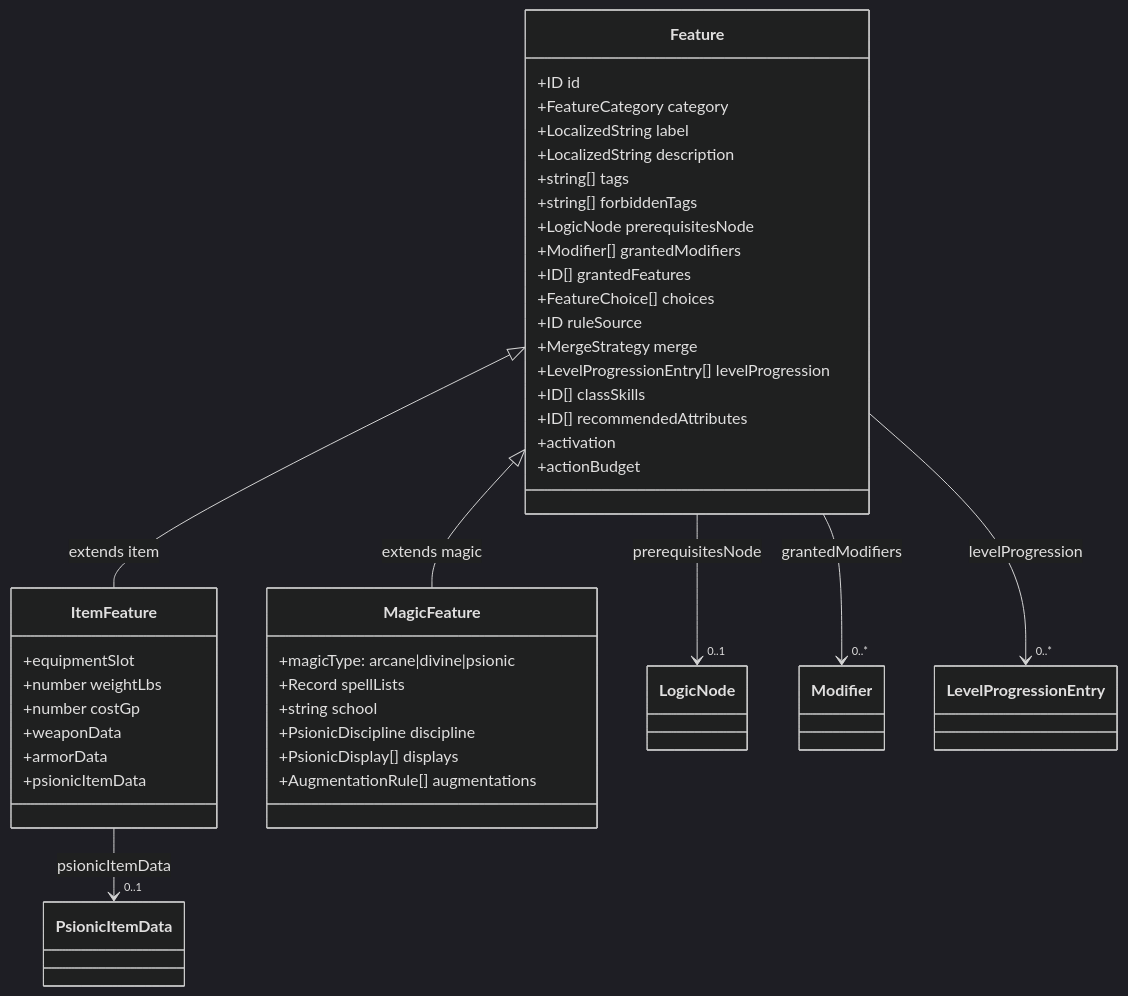
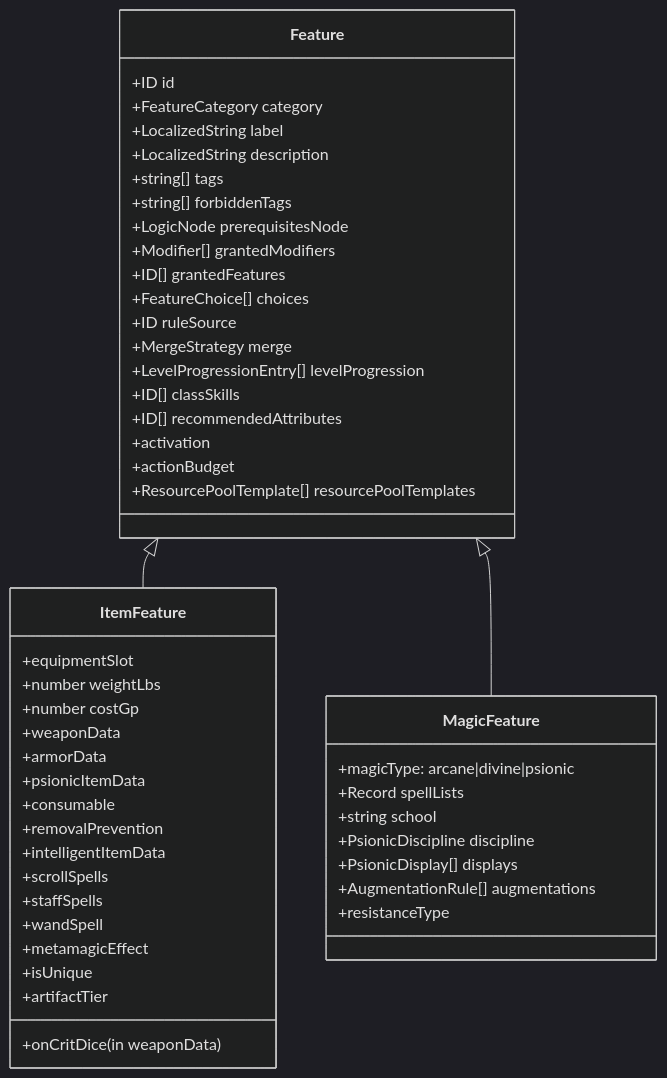
One commit to tartampluch/character-vault changed the second of 5 diagrams in ARCHITECTURE.md. Above: the diagram before and after it, drawn with Mermaid (dark theme). The commit also changed other lines of this file and 3 other files, not shown here.

````diff
--- a/ARCHITECTURE.md
+++ b/ARCHITECTURE.md
@@ -1436,47 +804,55 @@
 ```mermaid
 classDiagram
     class Feature {
         +ID id
         +FeatureCategory category
         +LocalizedString label
         +LocalizedString description
         +string[] tags
         +string[] forbiddenTags
         +LogicNode prerequisitesNode
         +Modifier[] grantedModifiers
         +ID[] grantedFeatures
         +FeatureChoice[] choices
         +ID ruleSource
         +MergeStrategy merge
         +LevelProgressionEntry[] levelProgression
         +ID[] classSkills
         +ID[] recommendedAttributes
         +activation
         +actionBudget
+        +ResourcePoolTemplate[] resourcePoolTemplates
     }
 
     class ItemFeature {
         +equipmentSlot
         +number weightLbs
         +number costGp
         +weaponData
         +armorData
         +psionicItemData
+        +consumable
+        +removalPrevention
+        +intelligentItemData
+        +scrollSpells
+        +staffSpells
+        +wandSpell
+        +metamagicEffect
+        +onCritDice (in weaponData)
+        +isUnique
+        +artifactTier
     }
 
     class MagicFeature {
         +magicType: arcane|divine|psionic
         +Record spellLists
         +string school
         +PsionicDiscipline discipline
         +PsionicDisplay[] displays
         +AugmentationRule[] augmentations
+        +resistanceType
     }
 
-    Feature <|-- ItemFeature : extends item
-    Feature <|-- MagicFeature : extends magic
-    Feature --> "0..1" LogicNode : prerequisitesNode
-    Feature --> "0..*" Modifier : grantedModifiers
-    Feature --> "0..*" LevelProgressionEntry : levelProgression
-    ItemFeature --> "0..1" PsionicItemData : psionicItemData
+    Feature <|-- ItemFeature
+    Feature <|-- MagicFeature
 ```
````
